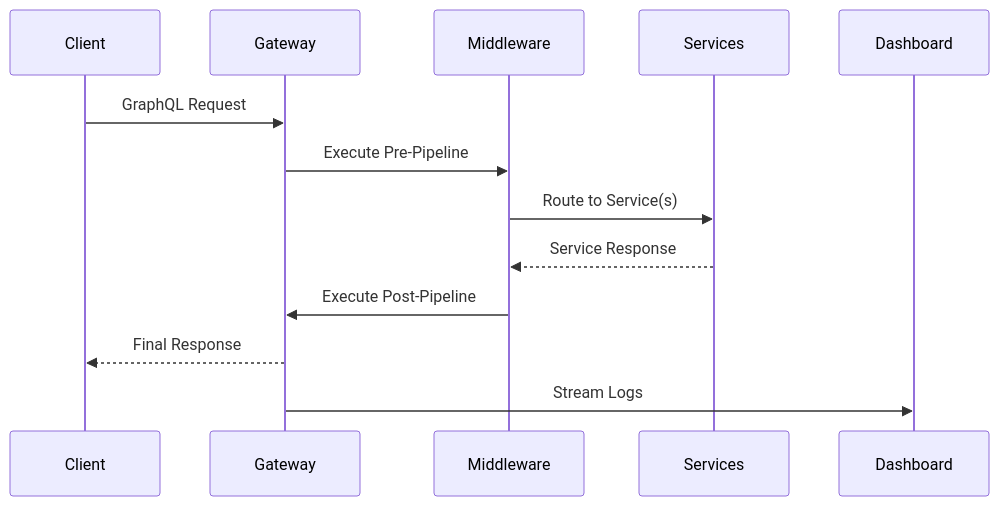
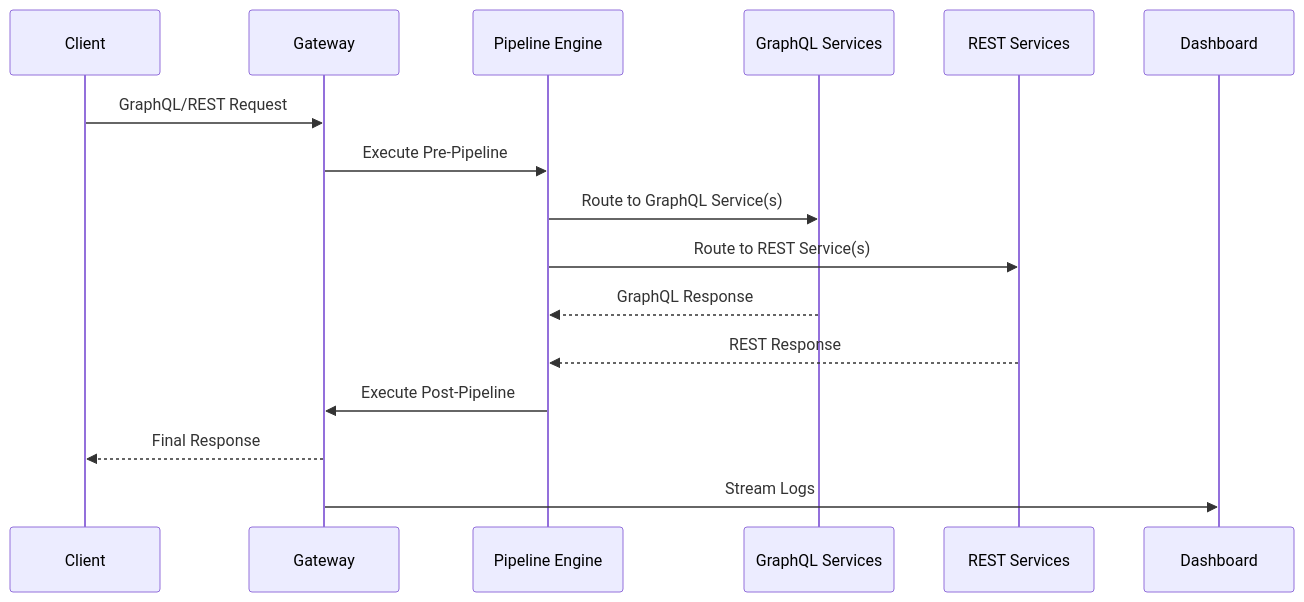
The fourth of 4 diagrams in README.md (Grapthway/Gateway-Engine), drawn with Mermaid before and after one commit. The commit also changed other lines of this file and 216 other files, not shown here.

````diff
--- a/README.md
+++ b/README.md
@@ -455,16 +643,19 @@
 ```mermaid
 sequenceDiagram
     participant C as Client
     participant G as Gateway
-    participant M as Middleware
-    participant S as Services
+    participant M as Pipeline Engine
+    participant GS as GraphQL Services
+    participant RS as REST Services
     participant D as Dashboard
 
-    C->>G: GraphQL Request
+    C->>G: GraphQL/REST Request
     G->>M: Execute Pre-Pipeline
-    M->>S: Route to Service(s)
-    S-->>M: Service Response
+    M->>GS: Route to GraphQL Service(s)
+    M->>RS: Route to REST Service(s)
+    GS-->>M: GraphQL Response
+    RS-->>M: REST Response
     M->>G: Execute Post-Pipeline  
     G-->>C: Final Response
     G->>D: Stream Logs
 ```
````
